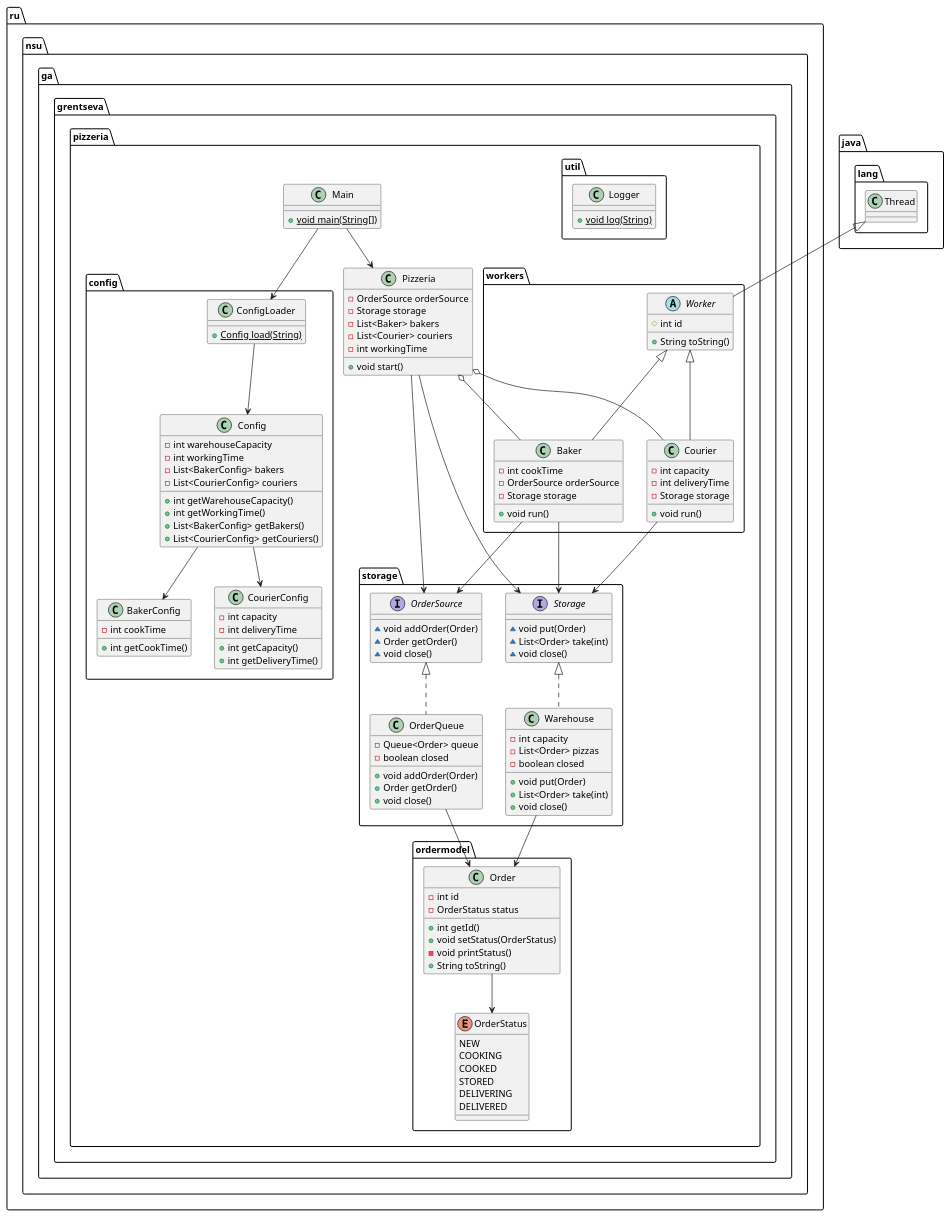
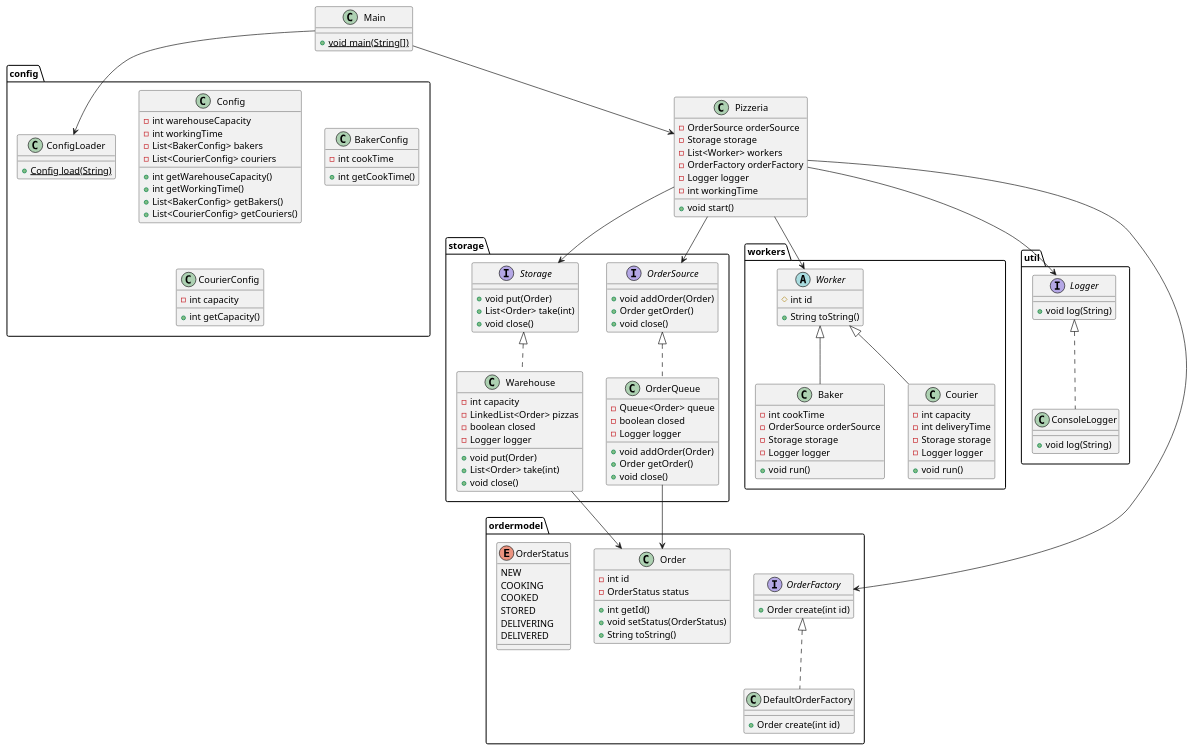
The diagram in Task_2_2_1/UML.puml (agrentseva/OOP), drawn with PlantUML before and after one commit. The commit also changed 7 other files, not shown here.

```diff
--- a/Task_2_2_1/UML.puml
+++ b/Task_2_2_1/UML.puml
@@ -1,148 +1,167 @@
 @startuml
 
-class ru.nsu.ga.grentseva.pizzeria.config.BakerConfig {
-- int cookTime
-+ int getCookTime()
-}
+package config {
 
-class ru.nsu.ga.grentseva.pizzeria.storage.OrderQueue {
-- Queue<Order> queue
-- boolean closed
-+ void addOrder(Order)
-+ Order getOrder()
-+ void close()
-}
-
-interface ru.nsu.ga.grentseva.pizzeria.storage.OrderSource {
-~ void addOrder(Order)
-~ Order getOrder()
-~ void close()
-}
-
-class ru.nsu.ga.grentseva.pizzeria.ordermodel.Order {
-- int id
-- OrderStatus status
-+ int getId()
-+ void setStatus(OrderStatus)
-- void printStatus()
-+ String toString()
-}
-
-class ru.nsu.ga.grentseva.pizzeria.workers.Courier {
-- int capacity
-- int deliveryTime
-- Storage storage
-+ void run()
-}
-
-class ru.nsu.ga.grentseva.pizzeria.util.Logger {
-+ {static} void log(String)
-}
-
-class ru.nsu.ga.grentseva.pizzeria.config.CourierConfig {
-- int capacity
-- int deliveryTime
-+ int getCapacity()
-+ int getDeliveryTime()
-}
-
-class ru.nsu.ga.grentseva.pizzeria.Pizzeria {
-- OrderSource orderSource
-- Storage storage
-- List<Baker> bakers
-- List<Courier> couriers
-- int workingTime
-+ void start()
-}
-
-class ru.nsu.ga.grentseva.pizzeria.Main {
-+ {static} void main(String[])
-}
-
-interface ru.nsu.ga.grentseva.pizzeria.storage.Storage {
-~ void put(Order)
-~ List<Order> take(int)
-~ void close()
-}
-
-class ru.nsu.ga.grentseva.pizzeria.config.Config {
+class Config {
 - int warehouseCapacity
 - int workingTime
 - List<BakerConfig> bakers
 - List<CourierConfig> couriers
 + int getWarehouseCapacity()
 + int getWorkingTime()
 + List<BakerConfig> getBakers()
 + List<CourierConfig> getCouriers()
 }
 
-class ru.nsu.ga.grentseva.pizzeria.config.ConfigLoader {
+class BakerConfig {
+- int cookTime
++ int getCookTime()
+}
+
+class CourierConfig {
+- int capacity
++ int getCapacity()
+}
+
+class ConfigLoader {
 + {static} Config load(String)
 }
 
-class ru.nsu.ga.grentseva.pizzeria.storage.Warehouse {
-- int capacity
-- List<Order> pizzas
-- boolean closed
-+ void put(Order)
-+ List<Order> take(int)
-+ void close()
 }
 
-abstract class ru.nsu.ga.grentseva.pizzeria.workers.Worker {
-# int id
+package ordermodel {
+
+class Order {
+- int id
+- OrderStatus status
++ int getId()
++ void setStatus(OrderStatus)
 + String toString()
 }
 
-enum ru.nsu.ga.grentseva.pizzeria.ordermodel.OrderStatus {
+interface OrderFactory {
++ Order create(int id)
+}
+
+class DefaultOrderFactory {
++ Order create(int id)
+}
+
+enum OrderStatus {
 NEW
 COOKING
 COOKED
 STORED
 DELIVERING
 DELIVERED
 }
 
-class ru.nsu.ga.grentseva.pizzeria.workers.Baker {
+}
+
+package storage {
+
+interface OrderSource {
++ void addOrder(Order)
++ Order getOrder()
++ void close()
+}
+
+class OrderQueue {
+- Queue<Order> queue
+- boolean closed
+- Logger logger
++ void addOrder(Order)
++ Order getOrder()
++ void close()
+}
+
+interface Storage {
++ void put(Order)
++ List<Order> take(int)
++ void close()
+}
+
+class Warehouse {
+- int capacity
+- LinkedList<Order> pizzas
+- boolean closed
+- Logger logger
++ void put(Order)
++ List<Order> take(int)
++ void close()
+}
+
+}
+
+package workers {
+
+abstract class Worker {
+# int id
++ String toString()
+}
+
+class Baker {
 - int cookTime
 - OrderSource orderSource
 - Storage storage
+- Logger logger
 + void run()
 }
 
-' inheritance
-java.lang.Thread <|-- ru.nsu.ga.grentseva.pizzeria.workers.Worker
-ru.nsu.ga.grentseva.pizzeria.workers.Worker <|-- ru.nsu.ga.grentseva.pizzeria.workers.Baker
-ru.nsu.ga.grentseva.pizzeria.workers.Worker <|-- ru.nsu.ga.grentseva.pizzeria.workers.Courier
+class Courier {
+- int capacity
+- int deliveryTime
+- Storage storage
+- Logger logger
++ void run()
+}
 
-' interfaces
-ru.nsu.ga.grentseva.pizzeria.storage.OrderSource <|.. ru.nsu.ga.grentseva.pizzeria.storage.OrderQueue
-ru.nsu.ga.grentseva.pizzeria.storage.Storage <|.. ru.nsu.ga.grentseva.pizzeria.storage.Warehouse
+}
 
-' associations
-ru.nsu.ga.grentseva.pizzeria.workers.Baker --> ru.nsu.ga.grentseva.pizzeria.storage.OrderSource
-ru.nsu.ga.grentseva.pizzeria.workers.Baker --> ru.nsu.ga.grentseva.pizzeria.storage.Storage
+package util {
 
-ru.nsu.ga.grentseva.pizzeria.workers.Courier --> ru.nsu.ga.grentseva.pizzeria.storage.Storage
+interface Logger {
++ void log(String)
+}
 
-ru.nsu.ga.grentseva.pizzeria.storage.Warehouse --> ru.nsu.ga.grentseva.pizzeria.ordermodel.Order
-ru.nsu.ga.grentseva.pizzeria.storage.OrderQueue --> ru.nsu.ga.grentseva.pizzeria.ordermodel.Order
+class ConsoleLogger {
++ void log(String)
+}
 
-ru.nsu.ga.grentseva.pizzeria.ordermodel.Order --> ru.nsu.ga.grentseva.pizzeria.ordermodel.OrderStatus
+}
 
-' config relations
-ru.nsu.ga.grentseva.pizzeria.config.Config --> ru.nsu.ga.grentseva.pizzeria.config.BakerConfig
-ru.nsu.ga.grentseva.pizzeria.config.Config --> ru.nsu.ga.grentseva.pizzeria.config.CourierConfig
+class Pizzeria {
+- OrderSource orderSource
+- Storage storage
+- List<Worker> workers
+- OrderFactory orderFactory
+- Logger logger
+- int workingTime
++ void start()
+}
 
-ru.nsu.ga.grentseva.pizzeria.config.ConfigLoader --> ru.nsu.ga.grentseva.pizzeria.config.Config
+class Main {
++ {static} void main(String[])
+}
 
-' main relations
-ru.nsu.ga.grentseva.pizzeria.Main --> ru.nsu.ga.grentseva.pizzeria.config.ConfigLoader
-ru.nsu.ga.grentseva.pizzeria.Main --> ru.nsu.ga.grentseva.pizzeria.Pizzeria
+OrderFactory <|.. DefaultOrderFactory
+Logger <|.. ConsoleLogger
+OrderSource <|.. OrderQueue
+Storage <|.. Warehouse
 
-ru.nsu.ga.grentseva.pizzeria.Pizzeria --> ru.nsu.ga.grentseva.pizzeria.storage.OrderSource
-ru.nsu.ga.grentseva.pizzeria.Pizzeria --> ru.nsu.ga.grentseva.pizzeria.storage.Storage
-ru.nsu.ga.grentseva.pizzeria.Pizzeria o-- ru.nsu.ga.grentseva.pizzeria.workers.Baker
-ru.nsu.ga.grentseva.pizzeria.Pizzeria o-- ru.nsu.ga.grentseva.pizzeria.workers.Courier
+Worker <|-- Baker
+Worker <|-- Courier
+
+Pizzeria --> Worker
+Pizzeria --> Storage
+Pizzeria --> OrderSource
+Pizzeria --> OrderFactory
+Pizzeria --> Logger
+
+OrderQueue --> Order
+Warehouse --> Order
+
+Main --> Pizzeria
+Main --> ConfigLoader
 
 @enduml
```
